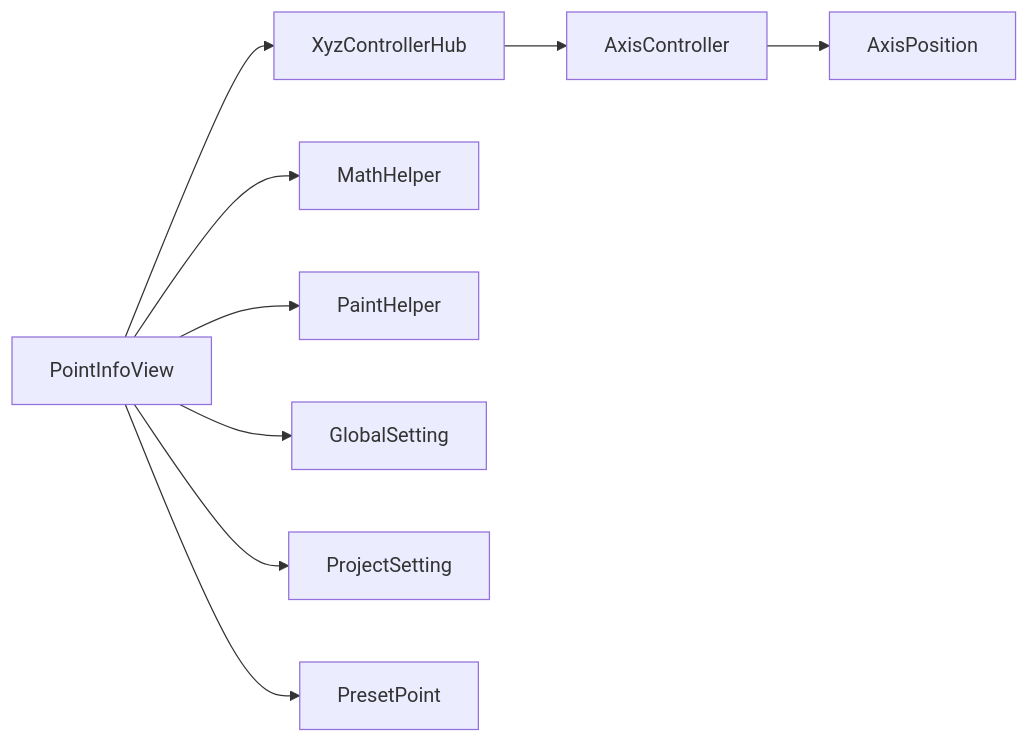
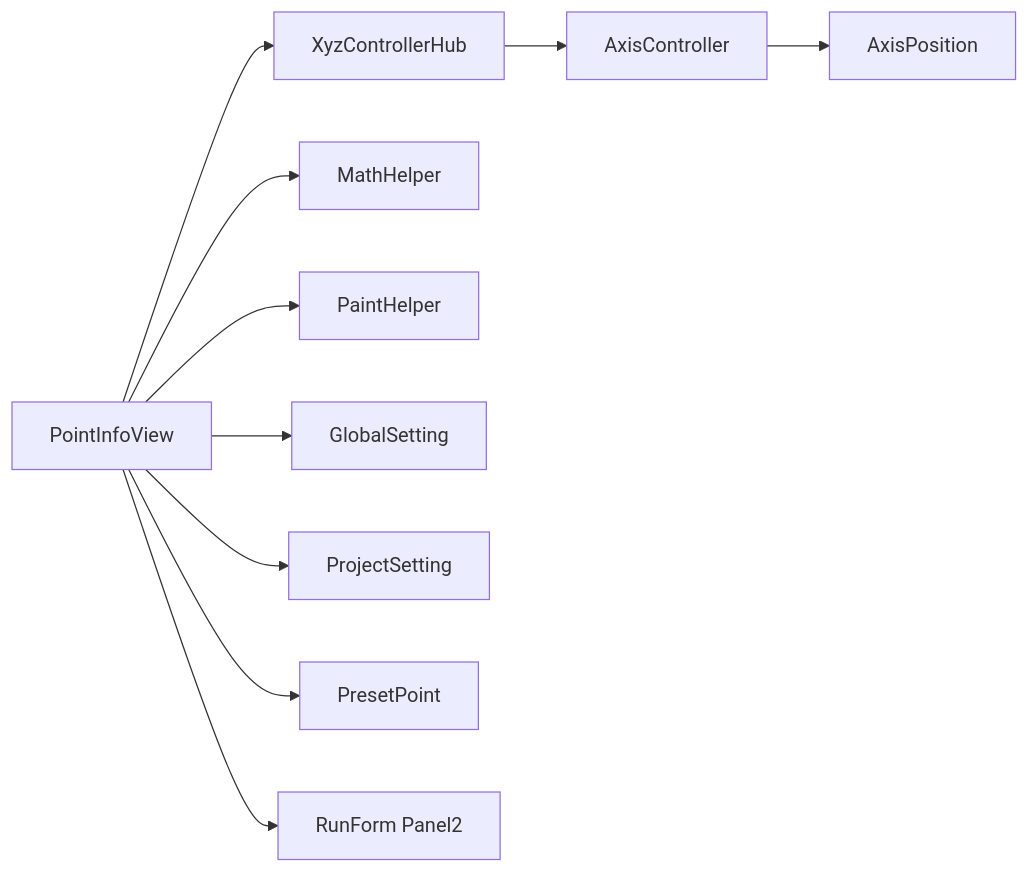
One commit to fuweiq94-cloud/339918076 changed the sixth of 6 diagrams in .qoder/repowiki/zh/content/UI控件库/点位信息显示控件.md. Above: the diagram before and after it, drawn with Mermaid. The commit also changed other lines of this file and 75 other files, not shown here.

````diff
--- a/.qoder/repowiki/zh/content/UI控件库/点位信息显示控件.md
+++ b/.qoder/repowiki/zh/content/UI控件库/点位信息显示控件.md
@@ -295,11 +325,12 @@
 ```mermaid
 graph LR
 PIV["PointInfoView"] --> XCH["XyzControllerHub"]
 PIV --> MH["MathHelper"]
 PIV --> PH["PaintHelper"]
 XCH --> AC["AxisController"]
 AC --> AP["AxisPosition"]
 PIV --> GSet["GlobalSetting"]
 PIV --> PSet["ProjectSetting"]
 PIV --> PP["PresetPoint"]
+PIV --> RF["RunForm Panel2"]
 ```
````
